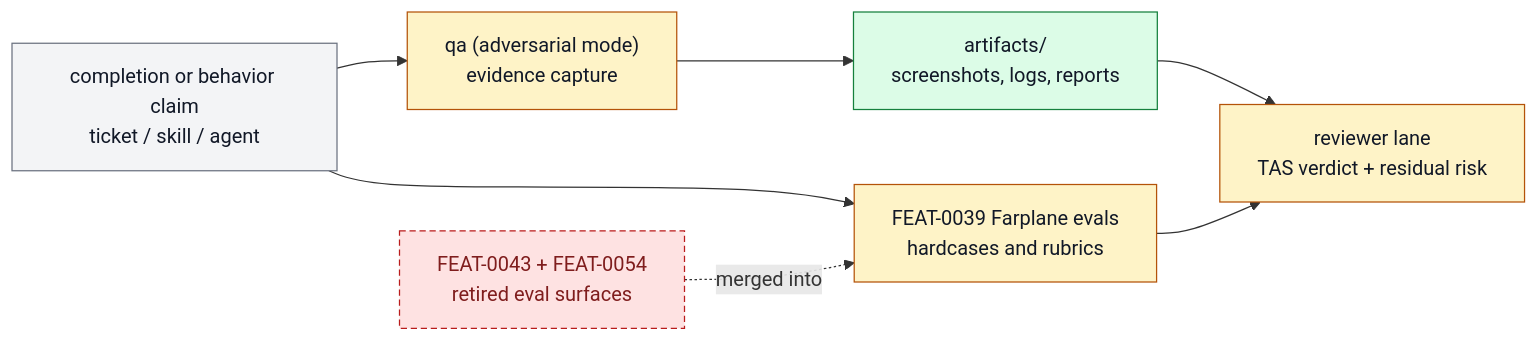
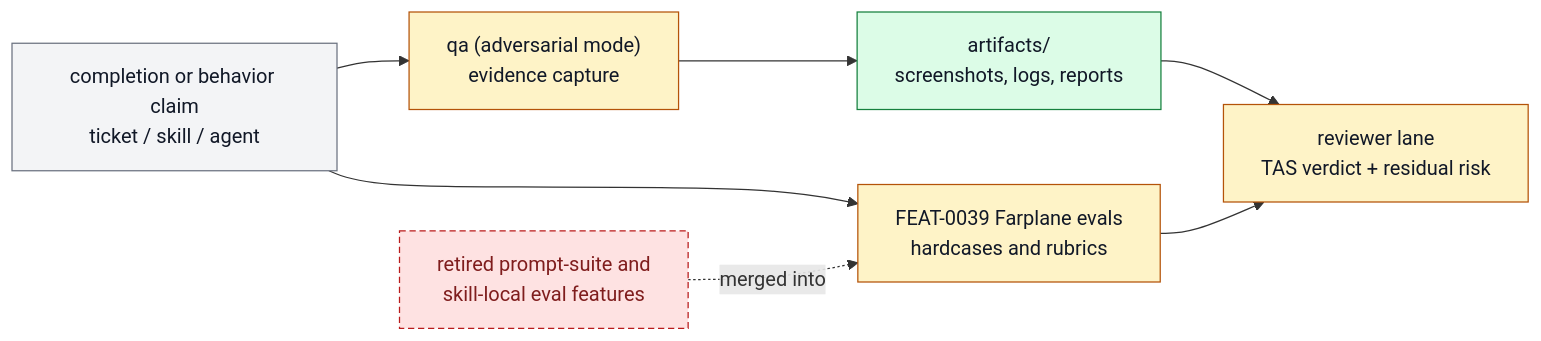
Before and after one commit to ZanarkandTechnologies/Farplane: the diagram in docs/systems/proof-review.md, drawn with Mermaid. The commit also changed other lines of this file and 63 other files, not shown here.

````diff
--- a/docs/systems/proof-review.md
+++ b/docs/systems/proof-review.md
@@ -108,18 +102,18 @@
 ```mermaid
 flowchart LR
   classDef keep fill:#f3f4f6,stroke:#6b7280,color:#111827
   classDef changed fill:#fef3c7,stroke:#b45309,color:#111827
   classDef added fill:#dcfce7,stroke:#15803d,color:#111827
   classDef retired fill:#fee2e2,stroke:#b91c1c,color:#7f1d1d,stroke-dasharray: 5 3
 
   claim["completion or behavior claim<br/>ticket / skill / agent"]:::keep
   qa["qa (adversarial mode)<br/>evidence capture"]:::changed
   evals["FEAT-0039 Farplane evals<br/>hardcases and rubrics"]:::changed
-  retired["FEAT-0043 + FEAT-0054<br/>retired eval surfaces"]:::retired
+  retired["retired prompt-suite and<br/>skill-local eval features"]:::retired
   review["reviewer lane<br/>TAS verdict + residual risk"]:::changed
   proof["artifacts/<br/>screenshots, logs, reports"]:::added
 
   claim --> qa --> proof --> review
   claim --> evals --> review
   retired -. "merged into" .-> evals
 ```
````
